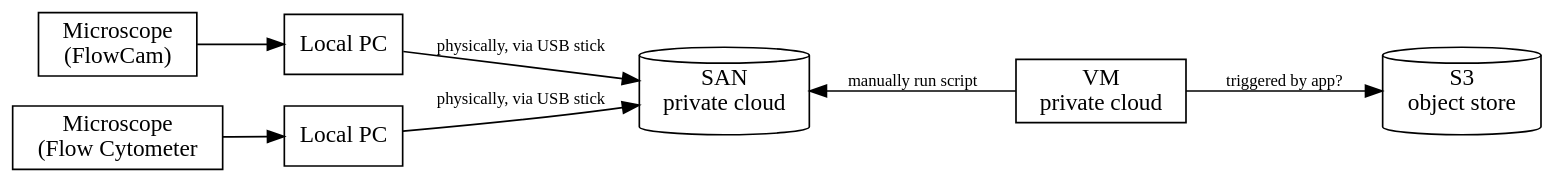
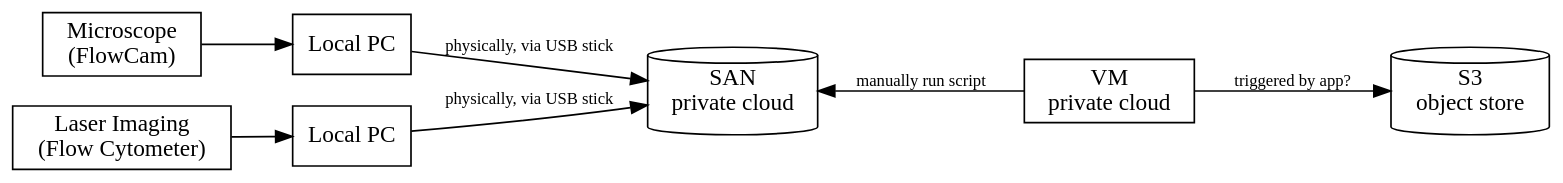
The diagram in docs/diagrams/as_is/instrument_to_store.dot (jmarshrossney/plankton_ml), drawn with Graphviz before and after one commit. The commit also changed 1 other file, not shown here.

```diff
--- a/docs/diagrams/as_is/instrument_to_store.dot
+++ b/docs/diagrams/as_is/instrument_to_store.dot
@@ -1,31 +1,31 @@
 # http://www.graphviz.org/content/cluster
 
 digraph G {
   rankdir=LR;
   graph [fontname = "Handlee"];
   node [fontname = "Handlee"];
   edge [fontname = "Handlee"];
 
   bgcolor=transparent;
 
   scope [shape=rect label="Microscope \n(FlowCam)"];
   pc [shape=rect label="Local PC"]
   
-  scope2 [shape=rect label="Microscope \n(Flow Cytometer"];
+  scope2 [shape=rect label="Laser Imaging \n(Flow Cytometer)"];
   pc2 [shape=rect label="Local PC"]
   
   san [shape=cylinder label="SAN \nprivate cloud"]
   vm [shape=rect label="VM \nprivate cloud"]
   store [shape=cylinder label="S3 \nobject store"]
 
   vm->store [label="triggered by app?" fontsize=10];
   scope->pc
   scope2->pc2
   
   pc2->san [label="physically, via USB stick", fontsize=10];
   pc->san [label="physically, via USB stick", fontsize=10];
   
   
   san->vm [dir=back] [label="manually run script" fontsize=10]; 
 
 }
```
